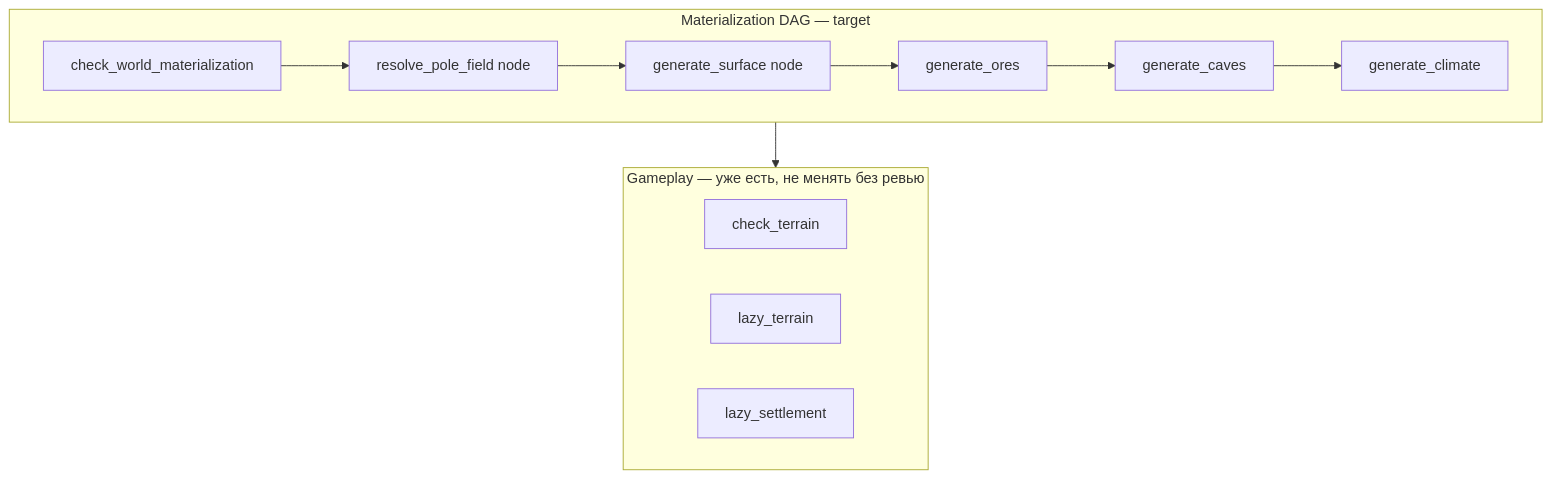
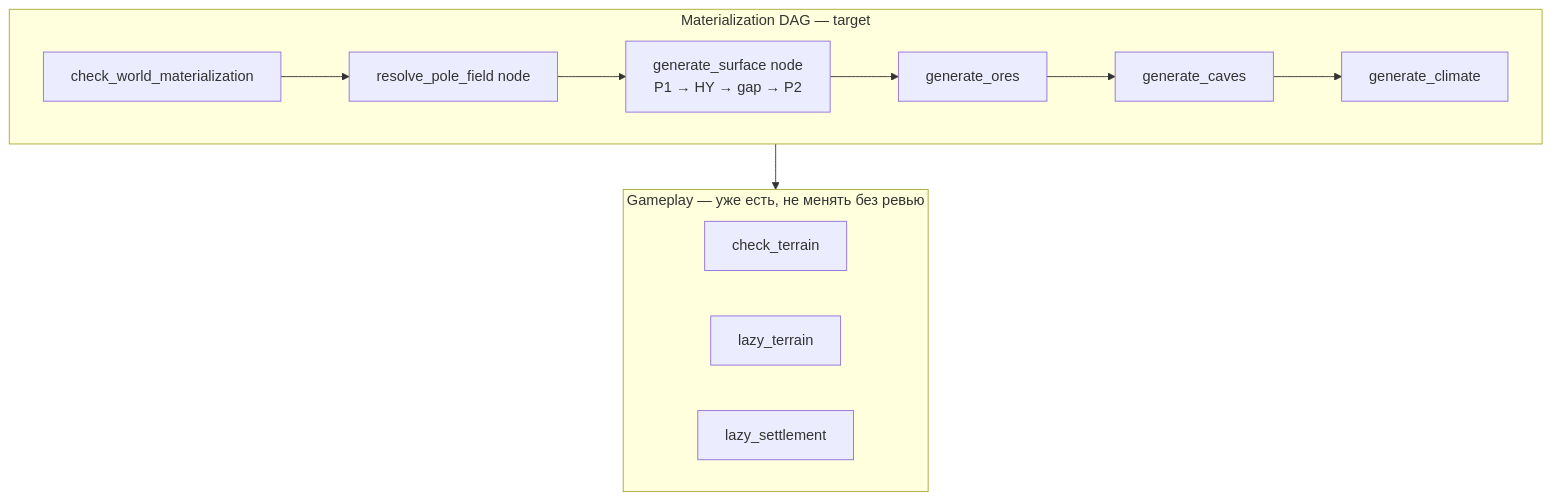
One commit to AndrewBondaren/AI-Project changed the seventh of 9 diagrams in docs/tz_terrain_generation.md. Above: the diagram before and after it, drawn with Mermaid. The commit also changed other lines of this file and 9 other files, not shown here.

````diff
--- a/docs/tz_terrain_generation.md
+++ b/docs/tz_terrain_generation.md
@@ -497,18 +550,18 @@
 ```mermaid
 flowchart TB
   subgraph mat [Materialization DAG — target]
     CW[check_world_materialization]
     PR[resolve_pole_field node]
-    GS[generate_surface node]
+    GS["generate_surface node\nP1 → HY → gap → P2"]
     GO[generate_ores]
     GCv[generate_caves]
     GCl[generate_climate]
     CW --> PR --> GS --> GO --> GCv --> GCl
   end
   subgraph play [Gameplay — уже есть, не менять без ревью]
     CT[check_terrain]
     LT[lazy_terrain]
     LS[lazy_settlement]
   end
   mat --> play
 ```
````
